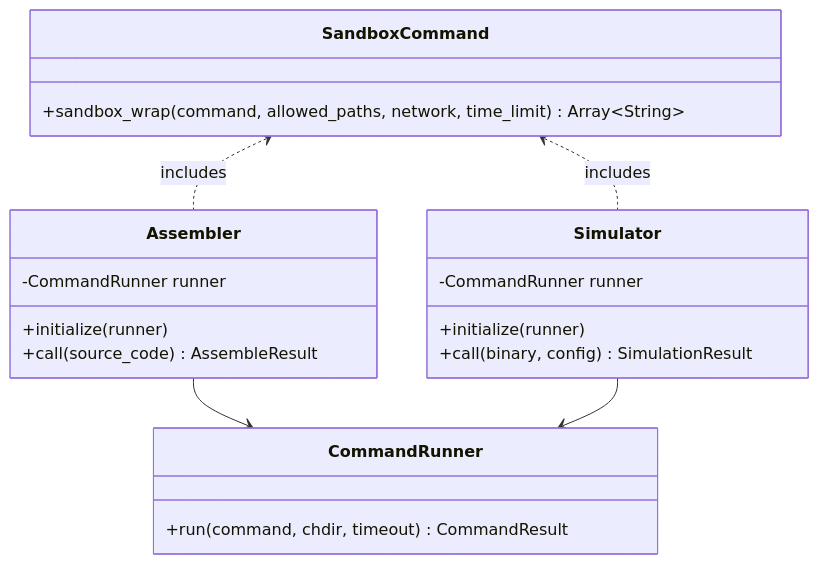
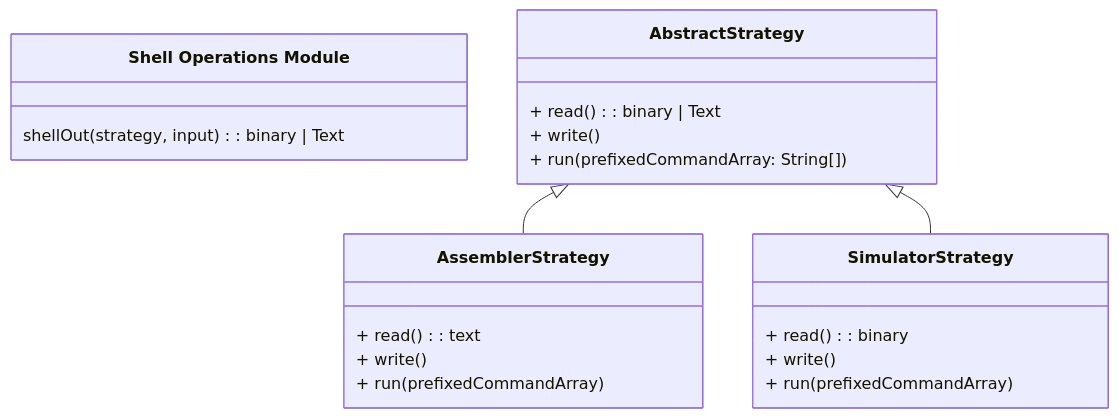
The diagram in docs/service_architecture.md (Wirt4/mmix-simulator), drawn with Mermaid before and after one commit. The commit also changed other lines of this file, not shown here.

First line of the commit message:
Update service_architecture.md

````diff
--- a/docs/service_architecture.md
+++ b/docs/service_architecture.md
@@ -14,30 +38,25 @@
 ```mermaid
 classDiagram
 direction TB
-
-    class SandboxCommand {
-	    +sandbox_wrap(command, allowed_paths, network, time_limit) Array~String~
-    }
-
-    class CommandRunner {
-	    +run(command, chdir, timeout) CommandResult
-    }
-   class Assembler {
-	    -CommandRunner runner
-	    +initialize(runner)
-	    +call(source_code) AssembleResult
-    }
-
-    class Simulator {
-	    -CommandRunner runner
-	    +initialize(runner)
-	    +call(binary, config) SimulationResult
-    }
-
-
-    Assembler --> CommandRunner
-    Simulator --> CommandRunner
-    SandboxCommand <.. Assembler : includes
-    SandboxCommand <.. Simulator : includes
-    
+class Shell ["Shell Operations Module"]{
+   shellOut(strategy, input): binary | Text
+}
+	class AbstractStrategy{
+		+ read() : binary | Text
+        + write ()
+        + run (prefixedCommandArray: String[])
+	}
+class AssemblerStrategy{
+		+ read() : text
+        + write ()
+        + run (prefixedCommandArray)
+	}
+class SimulatorStrategy{
+		+ read() : binary
+        + write ()
+        + run (prefixedCommandArray)
+	}
+ AbstractStrategy <|-- AssemblerStrategy
+AbstractStrategy <|-- SimulatorStrategy
+	
 ```
````
